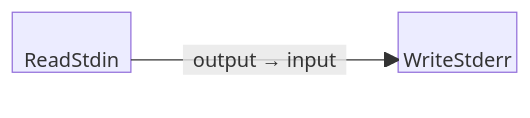
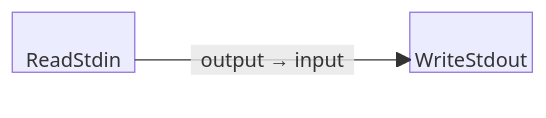
Before and after one commit to AsimovPlatform/protoflow: the diagram in lib/protoflow/examples/echo_lines/README.md, drawn with Mermaid. The commit also changed other lines of this file and 2 other files, not shown here.

````diff
--- a/lib/protoflow/examples/echo_lines/README.md
+++ b/lib/protoflow/examples/echo_lines/README.md
@@ -9,11 +11,11 @@
 ```mermaid
 block-beta
     columns 4
-    ReadStdin space:2 WriteStderr
-    ReadStdin-- "output → input" -->WriteStderr
+    ReadStdin space:2 WriteStdout
+    ReadStdin-- "output → input" -->WriteStdout
 
     classDef block height:48px,padding:8px;
     classDef hidden visibility:none;
     class ReadStdin block
-    class WriteStderr block
+    class WriteStdout block
 ```
````
